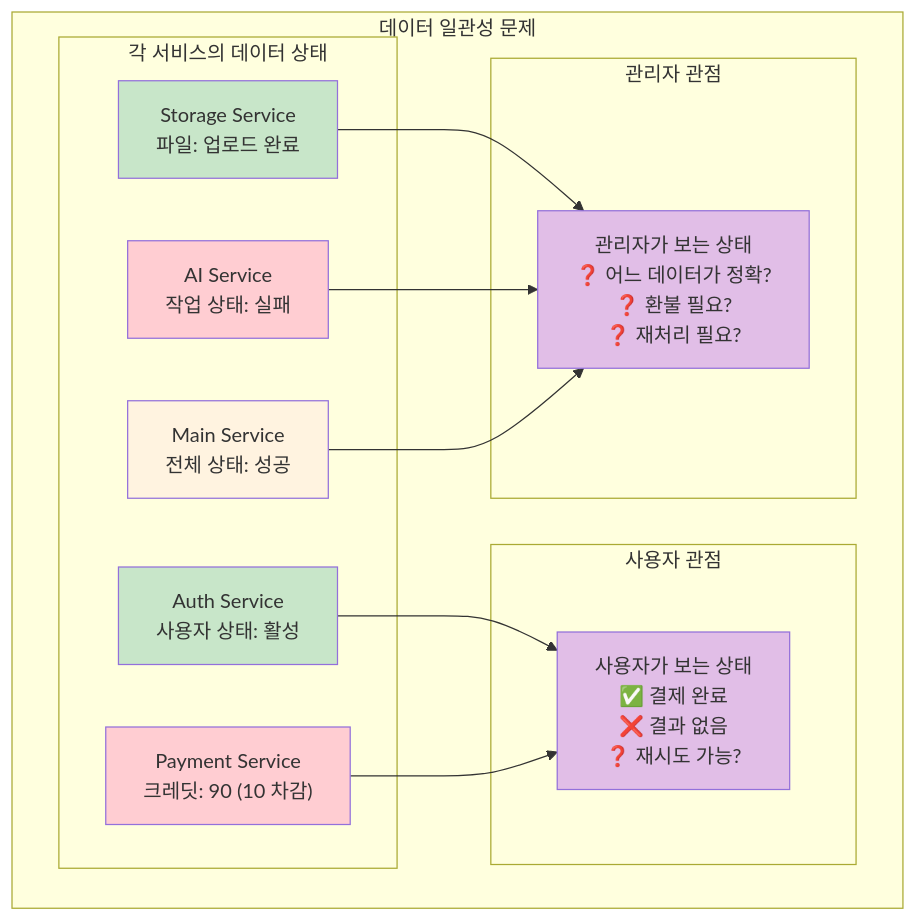
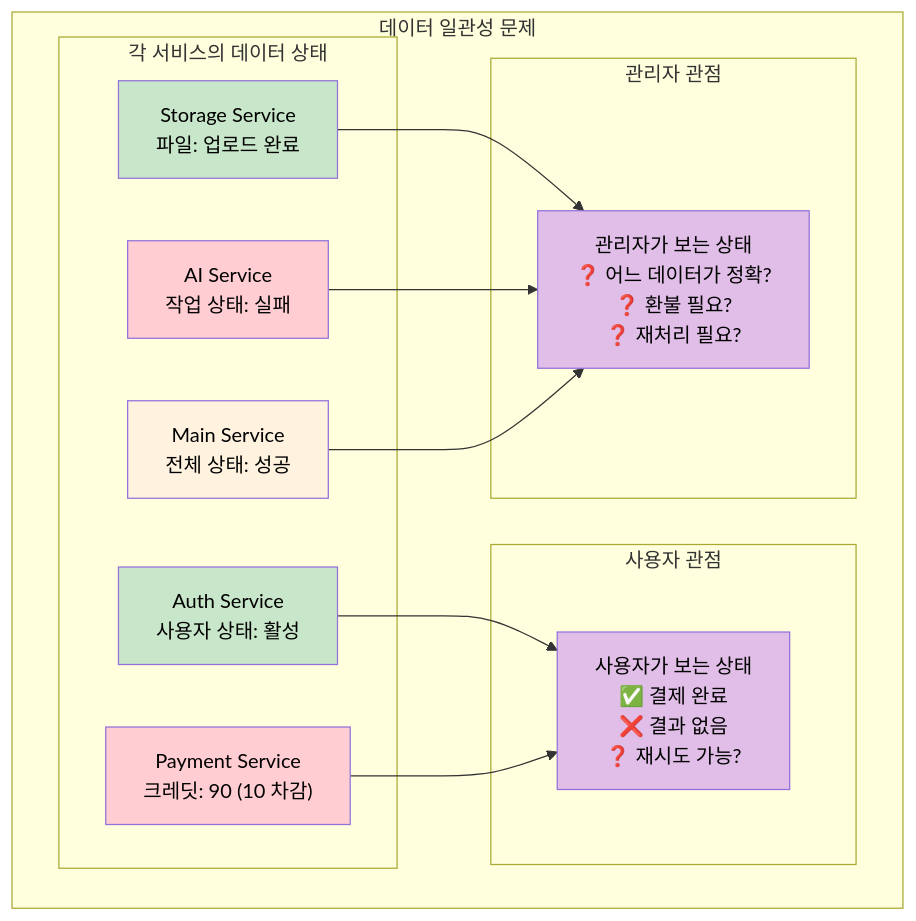
One commit to isinthesky/isinthesky changed the seventh of 7 diagrams in study/msa-experience/5-mission.md. Above: the diagram before and after it, drawn with Mermaid. The commit also changed other lines of this file and 4 other files, not shown here.

````diff
--- a/study/msa-experience/5-mission.md
+++ b/study/msa-experience/5-mission.md
@@ -245,34 +245,34 @@
 ```mermaid
 graph TB
     subgraph "데이터 일관성 문제"
         subgraph "각 서비스의 데이터 상태"
             AuthDB[Auth Service<br/>사용자 상태: 활성]
             PaymentDB["Payment Service<br/>크레딧: 90 (10 차감)"]
             StorageDB[Storage Service<br/>파일: 업로드 완료]
             AIDB[AI Service<br/>작업 상태: 실패]
             MainDB[Main Service<br/>전체 상태: 성공]
         end
         
         subgraph "사용자 관점"
             UserView[사용자가 보는 상태<br/>✅ 결제 완료<br/>❌ 결과 없음<br/>❓ 재시도 가능?]
         end
         
         subgraph "관리자 관점"
             AdminView[관리자가 보는 상태<br/>❓ 어느 데이터가 정확?<br/>❓ 환불 필요?<br/>❓ 재처리 필요?]
         end
     end
     
     AuthDB --> UserView
     PaymentDB --> UserView
     StorageDB --> AdminView
     AIDB --> AdminView
     MainDB --> AdminView
     
-    style AuthDB fill:#c8e6c9
-    style PaymentDB fill:#ffcdd2
-    style StorageDB fill:#c8e6c9
-    style AIDB fill:#ffcdd2
-    style MainDB fill:#fff3e0
-    style UserView fill:#e1bee7
-    style AdminView fill:#e1bee7
+    style AuthDB fill:#c8e6c9,color:#000
+    style PaymentDB fill:#ffcdd2,color:#000
+    style StorageDB fill:#c8e6c9,color:#000
+    style AIDB fill:#ffcdd2,color:#000
+    style MainDB fill:#fff3e0,color:#000
+    style UserView fill:#e1bee7,color:#000
+    style AdminView fill:#e1bee7,color:#000
 ```
````
